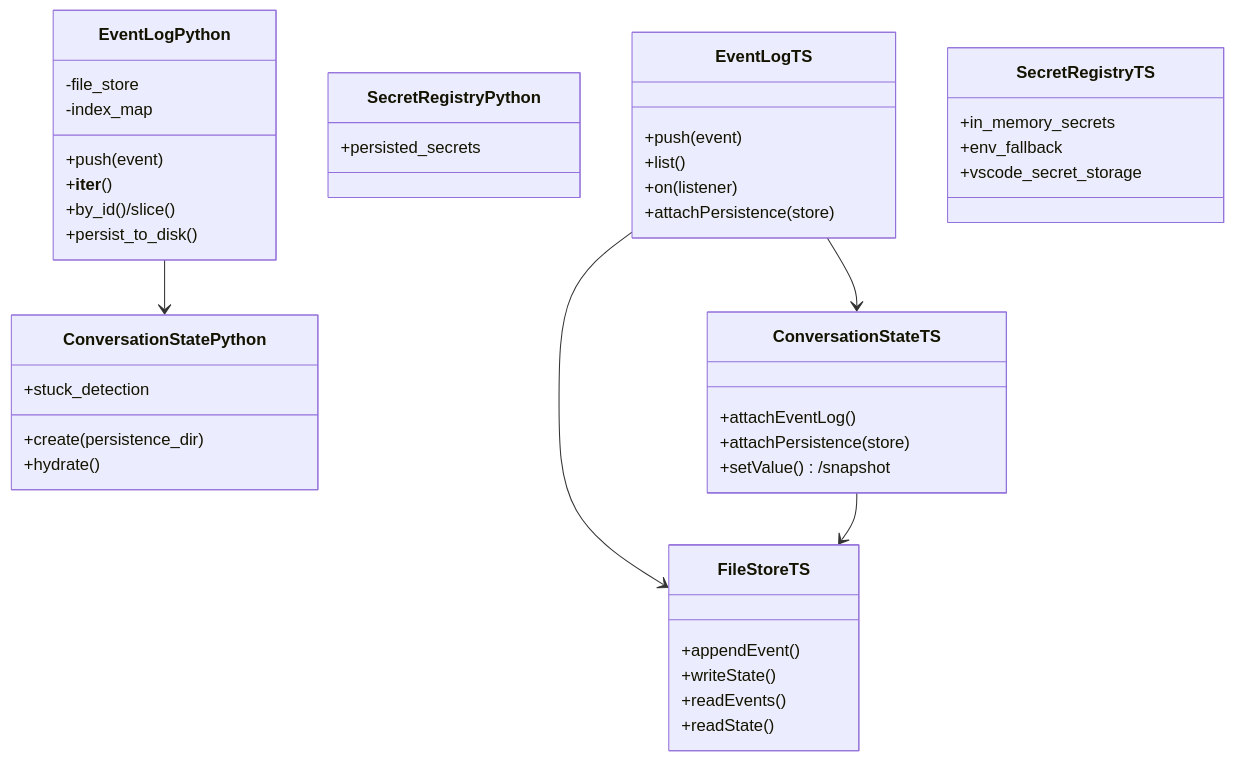
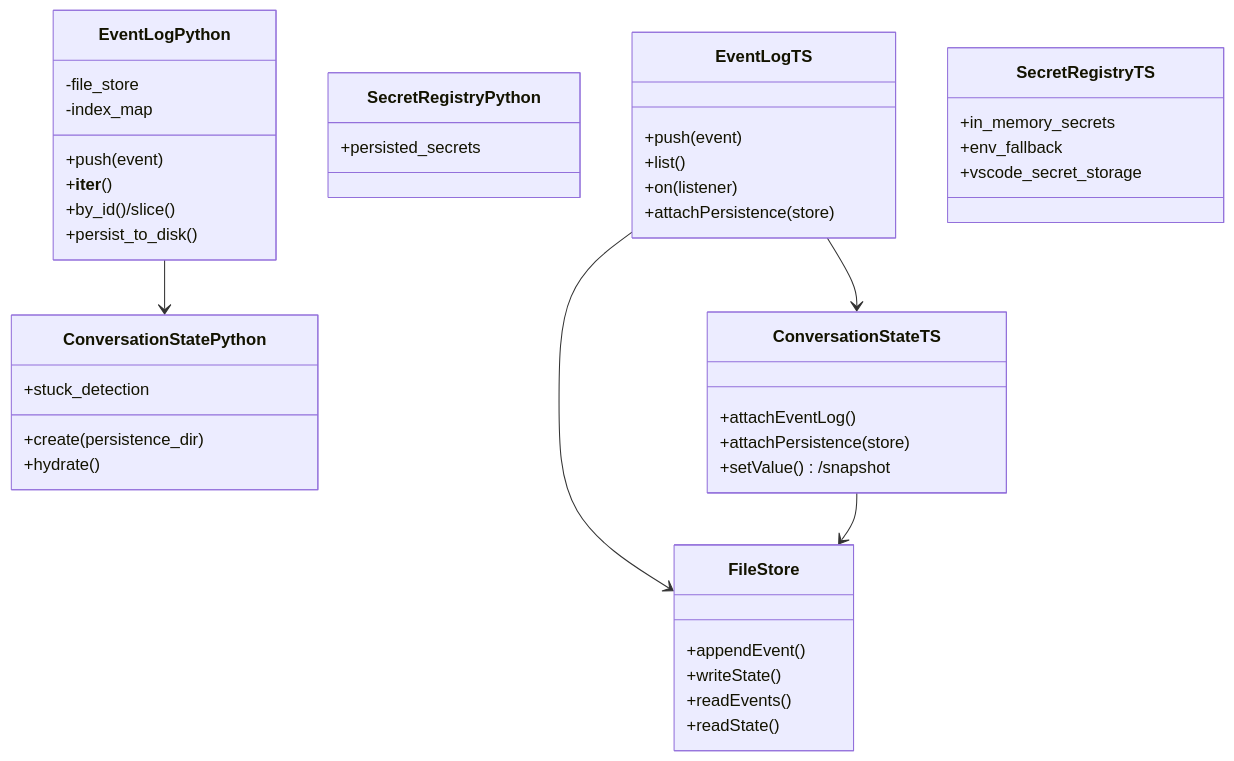
The fifth of 5 diagrams in packages/agent-sdk-ts/docs/python-parity.md (enyst/OpenHands-Tab), drawn with Mermaid before and after one commit. The commit also changed other lines of this file, not shown here.

Commit message:
docs: fix FileStore references in parity audit
Align python-parity.md with actual TS persistence implementation:
- Reference packages/agent-sdk-ts/src/sdk/runtime/persistence.ts
- Use class name FileStore in the diagram

````diff
--- a/packages/agent-sdk-ts/docs/python-parity.md
+++ b/packages/agent-sdk-ts/docs/python-parity.md
@@ -541,45 +541,45 @@
 ```mermaid
 classDiagram
     class EventLogPython {
       +push(event)
       +__iter__()
       +by_id()/slice()
       +persist_to_disk()
       -file_store
       -index_map
     }
     class ConversationStatePython {
       +create(persistence_dir)
       +hydrate()
       +stuck_detection
     }
     class SecretRegistryPython {
       +persisted_secrets
     }
     class EventLogTS {
       +push(event)
       +list()
       +on(listener)
       +attachPersistence(store)
     }
     class ConversationStateTS {
       +attachEventLog()
       +attachPersistence(store)
       +setValue()/snapshot
     }
-    class FileStoreTS {
+    class FileStore {
       +appendEvent()
       +writeState()
       +readEvents()
       +readState()
     }
     class SecretRegistryTS {
       +in_memory_secrets
       +env_fallback
       +vscode_secret_storage
     }
     EventLogPython --> ConversationStatePython
     EventLogTS --> ConversationStateTS
-    EventLogTS --> FileStoreTS
-    ConversationStateTS --> FileStoreTS
+    EventLogTS --> FileStore
+    ConversationStateTS --> FileStore
 ```
````
